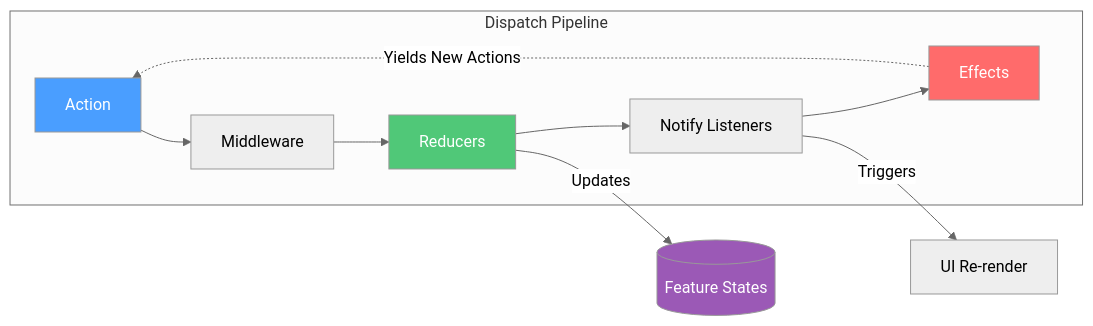
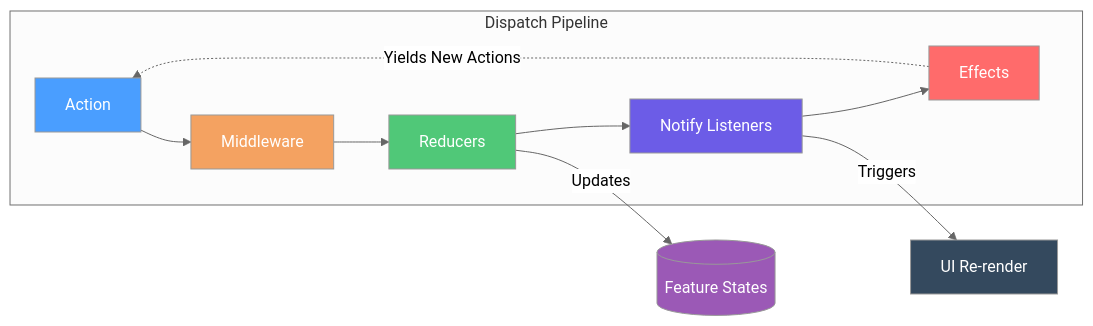
The diagram in docs/Docusaurus/docs/client-state-management/reservoir.md (Gibbs-Morris/mississippi), drawn with Mermaid (neutral theme) before and after one commit. The commit also changed other lines of this file and 8 other files, not shown here.

````diff
--- a/docs/Docusaurus/docs/client-state-management/reservoir.md
+++ b/docs/Docusaurus/docs/client-state-management/reservoir.md
@@ -29,18 +31,21 @@
 ```mermaid
 flowchart LR
     subgraph Dispatch Pipeline
         A[Action] --> M[Middleware]
         M --> R[Reducers]
         R --> N[Notify Listeners]
         N --> E[Effects]
     end
     
     E -.->|Yields New Actions| A
     R -->|Updates| S[(Feature States)]
     N -->|Triggers| UI[UI Re-render]
     
     style A fill:#4a9eff,color:#fff
+    style M fill:#f4a261,color:#fff
     style R fill:#50c878,color:#fff
+    style N fill:#6c5ce7,color:#fff
     style E fill:#ff6b6b,color:#fff
     style S fill:#9b59b6,color:#fff
+    style UI fill:#34495e,color:#fff
 ```
````
